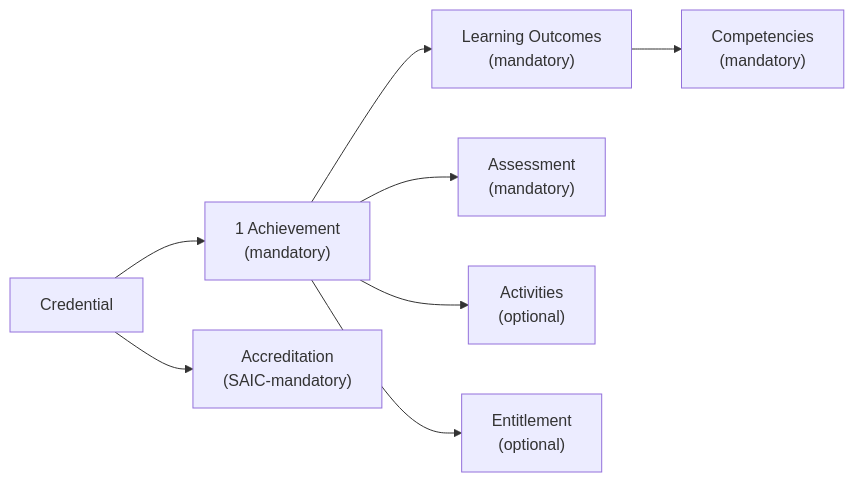
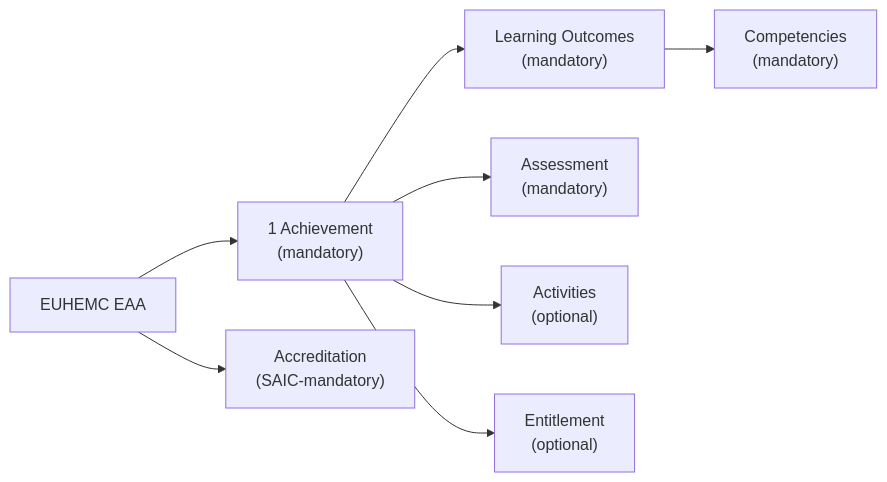
Before and after one commit to dc4eu/educational-pilot: the diagram in sectorial-eaa-catalogue/formal-education/highereducation-microcredential.md, drawn with Mermaid.

````diff
--- a/sectorial-eaa-catalogue/formal-education/highereducation-microcredential.md
+++ b/sectorial-eaa-catalogue/formal-education/highereducation-microcredential.md
@@ -12,10 +12,10 @@
 ```mermaid
 flowchart LR
-    A["Credential"] --> B["1 Achievement<br>(mandatory)"]
+    A["EUHEMC EAA"] --> B["1 Achievement<br>(mandatory)"]
     A --> C["Accreditation<br>(SAIC-mandatory)"]
     B --> D["Learning Outcomes<br>(mandatory)"]
     B --> E["Assessment<br>(mandatory)"]
     B --> F["Activities<br>(optional)"]
     B --> G["Entitlement<br>(optional)"]
     D --> H["Competencies<br>(mandatory)"]
 ```
````
